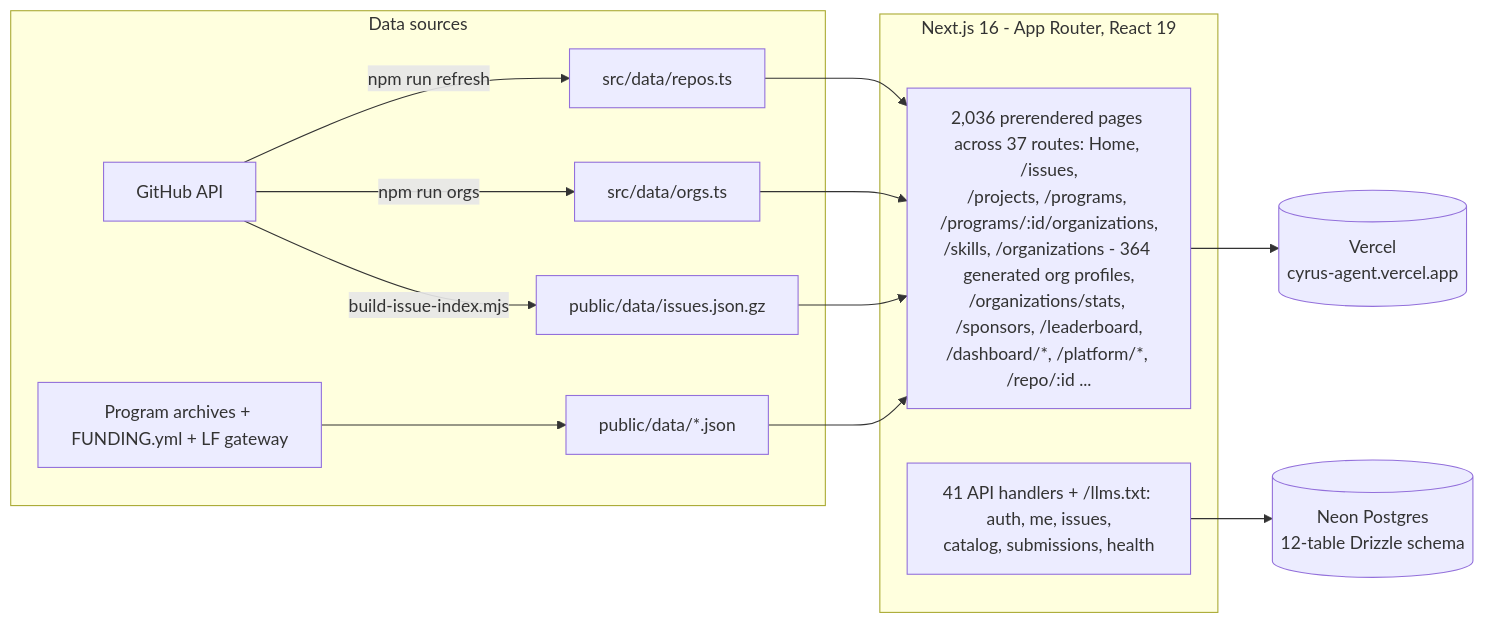
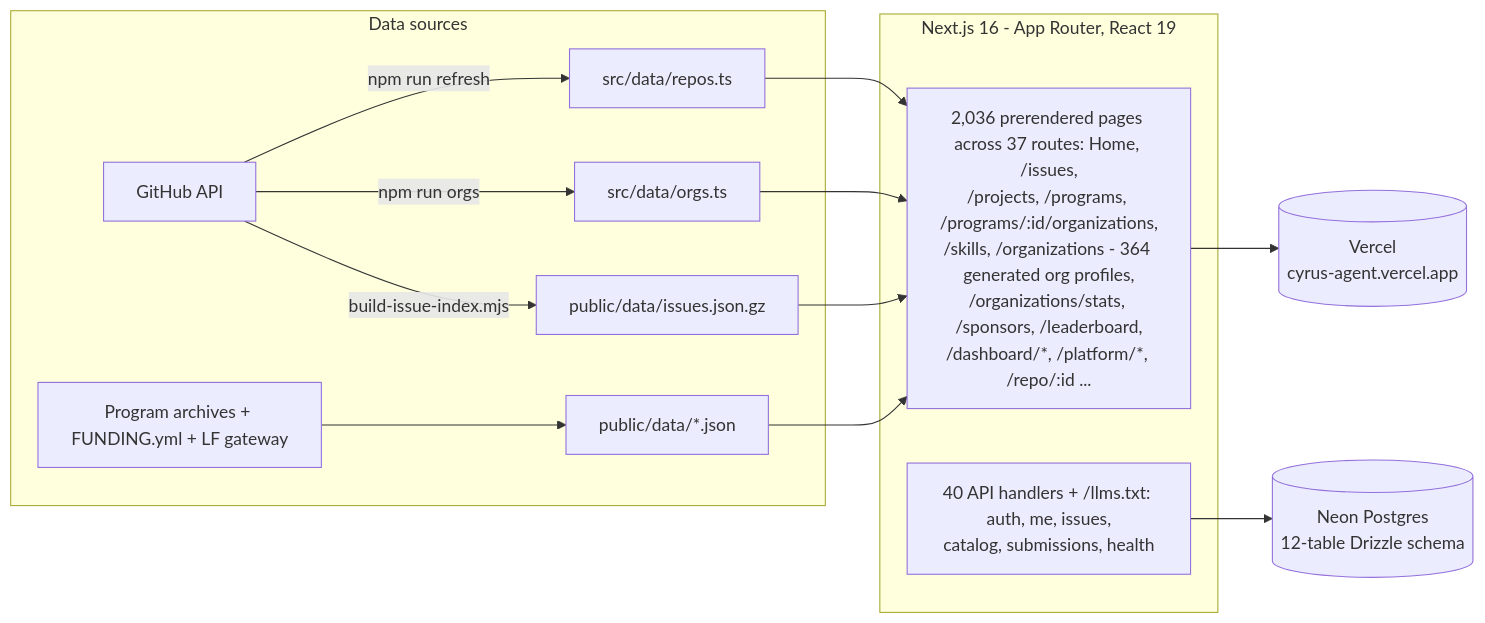
Before and after one commit to adityalenova/cyrus: the second of 2 diagrams in README.md, drawn with Mermaid. The commit also changed other lines of this file, not shown here.

Commit message:
fix(readme): align figure lines with main so this branch merges cleanly

````diff
--- a/README.md
+++ b/README.md
@@ -352,15 +352,15 @@
 ```mermaid
 flowchart LR
     subgraph sources [Data sources]
         GH[GitHub API] -->|npm run refresh| D1[src/data/repos.ts]
         GH -->|npm run orgs| D2[src/data/orgs.ts]
         GH -->|build-issue-index.mjs| D3[public/data/issues.json.gz]
         SOC[Program archives + FUNDING.yml + LF gateway] --> D4[public/data/*.json]
     end
     subgraph app [Next.js 16 - App Router, React 19]
         D1 & D2 & D3 & D4 --> PAGES[2,036 prerendered pages across 37 routes: Home, /issues,<br/>/projects, /programs, /programs/:id/organizations,<br/>/skills, /organizations - 364 generated org profiles,<br/>/organizations/stats, /sponsors, /leaderboard,<br/>/dashboard/*, /platform/*, /repo/:id ...]
-        API[41 API handlers + /llms.txt: auth, me, issues,<br/>catalog, submissions, health]
+        API[40 API handlers + /llms.txt: auth, me, issues,<br/>catalog, submissions, health]
     end
     PAGES --> V[(Vercel<br/>cyrus-agent.vercel.app)]
     API --> DB[(Neon Postgres<br/>12-table Drizzle schema)]
 ```
````
